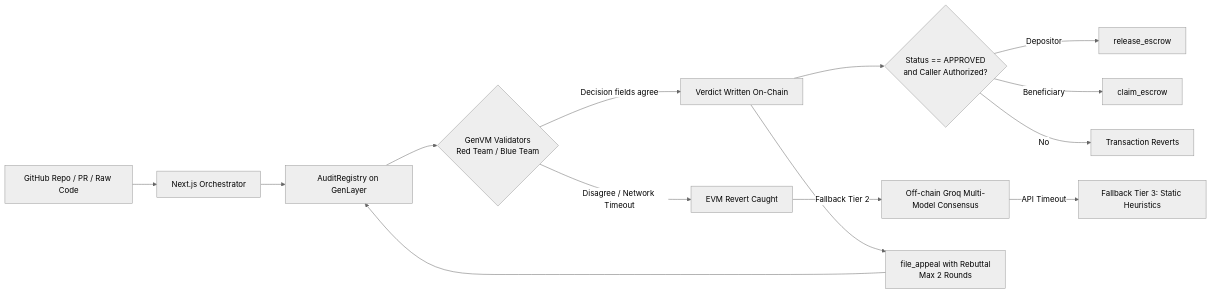
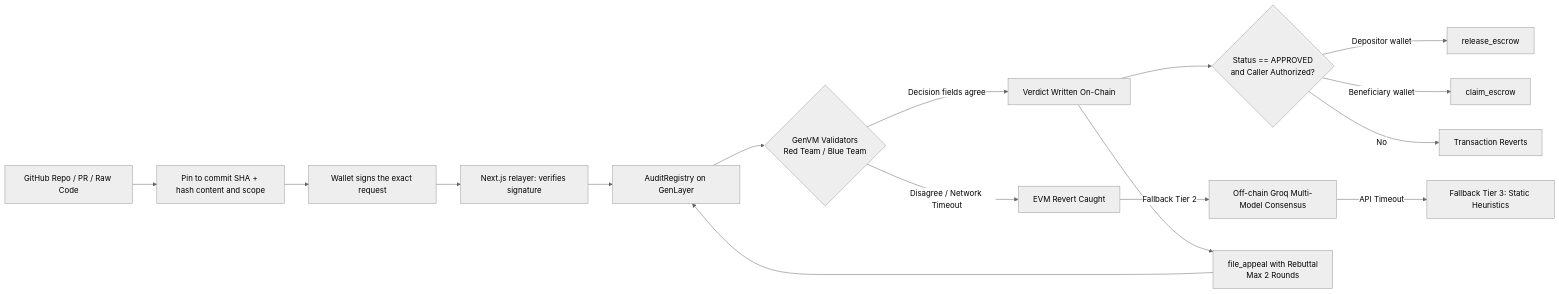
Before and after one commit to uchecharles/ConsensusAudit-Agent: the diagram in README.md, drawn with Mermaid (neutral theme). The commit also changed other lines of this file and 23 other files, not shown here.

````diff
--- a/README.md
+++ b/README.md
@@ -33,18 +33,20 @@
 ```mermaid
 flowchart LR
-    A[GitHub Repo / PR / Raw Code] --> B[Next.js Orchestrator]
+    A[GitHub Repo / PR / Raw Code] --> P[Pin to commit SHA + hash content and scope]
+    P --> S[Wallet signs the exact request]
+    S --> B[Next.js relayer: verifies signature]
     B --> C[AuditRegistry on GenLayer]
     C --> D{GenVM Validators<br/>Red Team / Blue Team}
     D -->|Decision fields agree| E[Verdict Written On-Chain]
     D -->|Disagree / Network Timeout| F[EVM Revert Caught]
     F -->|Fallback Tier 2| K[Off-chain Groq Multi-Model Consensus]
     K -->|API Timeout| M[Fallback Tier 3: Static Heuristics]
     E --> G{Status == APPROVED<br/>and Caller Authorized?}
-    G -->|Depositor| H[release_escrow]
-    G -->|Beneficiary| L[claim_escrow]
+    G -->|Depositor wallet| H[release_escrow]
+    G -->|Beneficiary wallet| L[claim_escrow]
     G -->|No| I[Transaction Reverts]
     E --> J[file_appeal with Rebuttal<br/>Max 2 Rounds]
     J --> C
 
 
 ```
````
